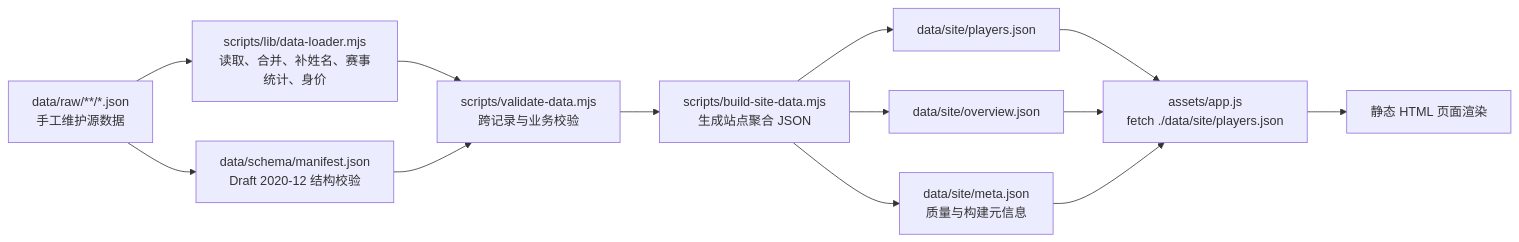
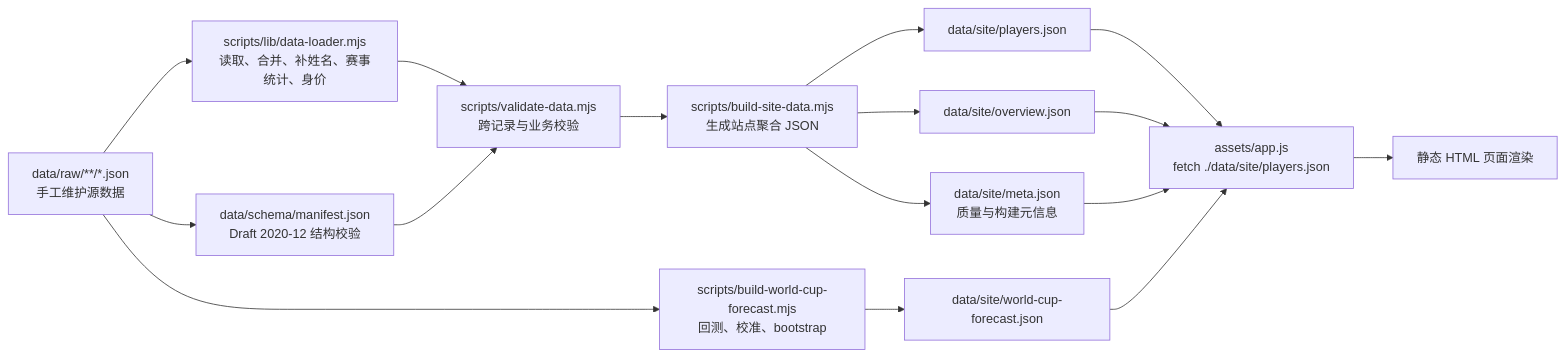
One commit to pacoxu/football-research-sandbox changed the first of 2 diagrams in docs/data-flow.md. Above: the diagram before and after it, drawn with Mermaid. The commit also changed other lines of this file and 36 other files, not shown here.

Commit message:
Add youth coach directory and World Cup forecast

````diff
--- a/docs/data-flow.md
+++ b/docs/data-flow.md
@@ -9,15 +9,18 @@
 ```mermaid
 flowchart LR
   Raw["data/raw/**/*.json<br/>手工维护源数据"] --> Loader["scripts/lib/data-loader.mjs<br/>读取、合并、补姓名、赛事统计、身价"]
   Raw --> Schema["data/schema/manifest.json<br/>Draft 2020-12 结构校验"]
   Loader --> Validate["scripts/validate-data.mjs<br/>跨记录与业务校验"]
   Schema --> Validate
   Validate --> Build["scripts/build-site-data.mjs<br/>生成站点聚合 JSON"]
   Build --> SitePlayers["data/site/players.json"]
   Build --> SiteOverview["data/site/overview.json"]
   Build --> SiteMeta["data/site/meta.json<br/>质量与构建元信息"]
+  Raw --> Forecast["scripts/build-world-cup-forecast.mjs<br/>回测、校准、bootstrap"]
+  Forecast --> SiteForecast["data/site/world-cup-forecast.json"]
   SitePlayers --> Browser["assets/app.js<br/>fetch ./data/site/players.json"]
   SiteOverview --> Browser
   SiteMeta --> Browser
+  SiteForecast --> Browser
   Browser --> Pages["静态 HTML 页面渲染"]
 ```
````
